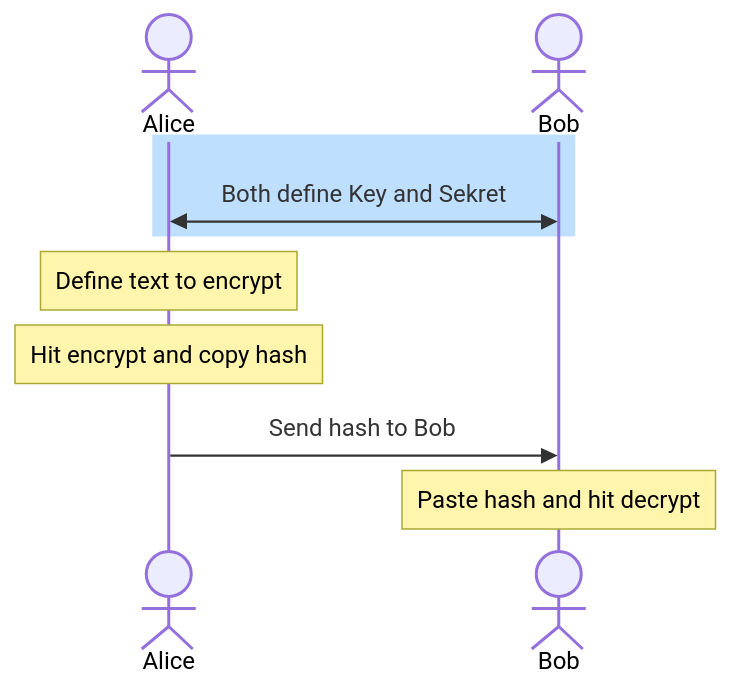
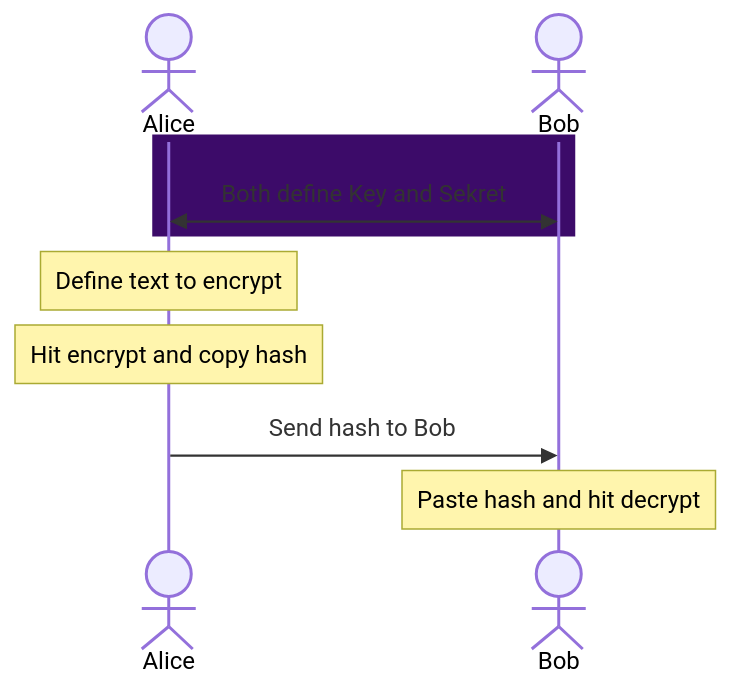
Before and after one commit to ZeroDragon/sekreter: the second of 3 diagrams in README.md, drawn with Mermaid. The commit also changed other lines of this file, not shown here.

Commit message:
fix mermaid display

````diff
--- a/README.md
+++ b/README.md
@@ -23,12 +23,12 @@
 ```mermaid
 sequenceDiagram
   actor Alice as Alice
   actor Bob as Bob
-  rect rgb(191, 223, 255)
+  rect rgb(60, 11, 105)
     Alice <<->> Bob: Both define Key and Sekret
   end
   Note over Alice: Define text to encrypt
   Note over Alice: Hit encrypt and copy hash
   Alice ->> Bob: Send hash to Bob
   Note over Bob: Paste hash and hit decrypt
 ```
````
